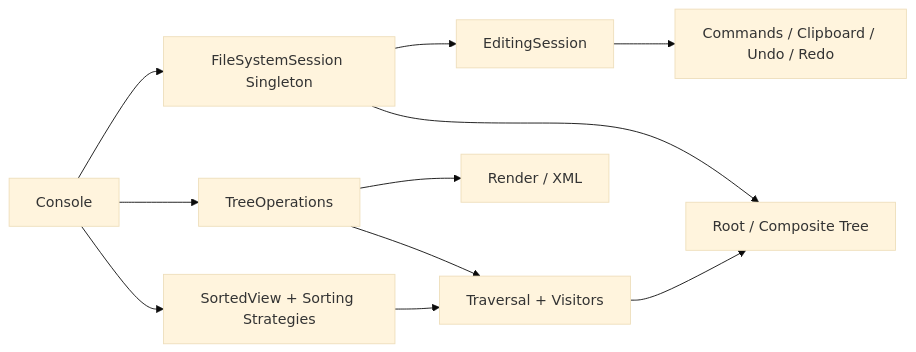
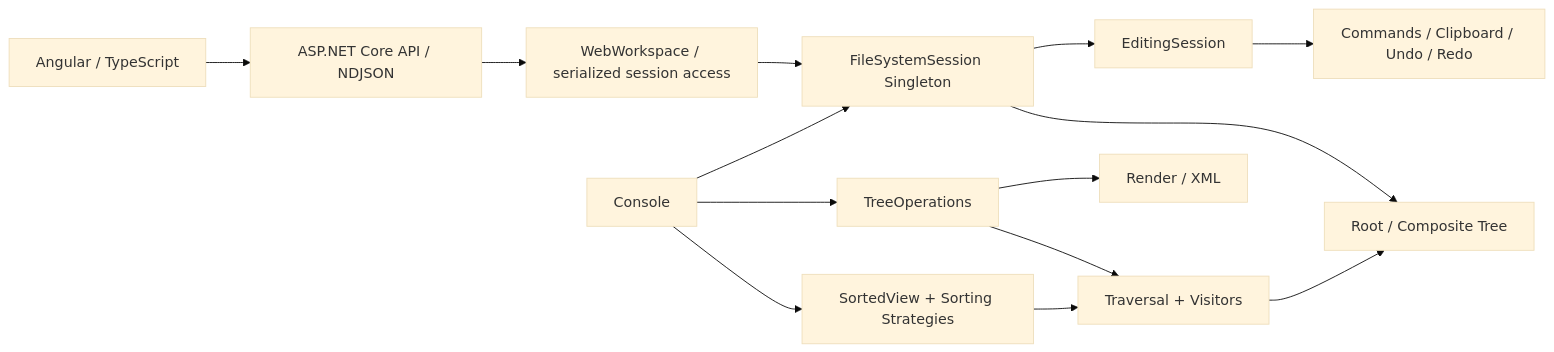
The first of 3 diagrams in README.md (Juyunho/CloudFileManager), drawn with Mermaid (base theme) before and after one commit. The commit also changed other lines of this file and 434 other files, not shown here.

First line of the commit message:
feat: complete reference web UI and Angular migration

````diff
--- a/README.md
+++ b/README.md
@@ -27,13 +27,16 @@
 ```mermaid
 flowchart LR
+    A[Angular / TypeScript] --> API[ASP.NET Core API / NDJSON]
+    API --> W[WebWorkspace / serialized session access]
+    W --> S[FileSystemSession Singleton]
     C[Console] --> S[FileSystemSession Singleton]
     S --> R[Root / Composite Tree]
     S --> E[EditingSession]
     E --> H[Commands / Clipboard / Undo / Redo]
     C --> O[TreeOperations]
     O --> V[Traversal + Visitors]
     V --> R
     C --> Q[SortedView + Sorting Strategies]
     Q --> V
     O --> X[Render / XML]
 ```
````
